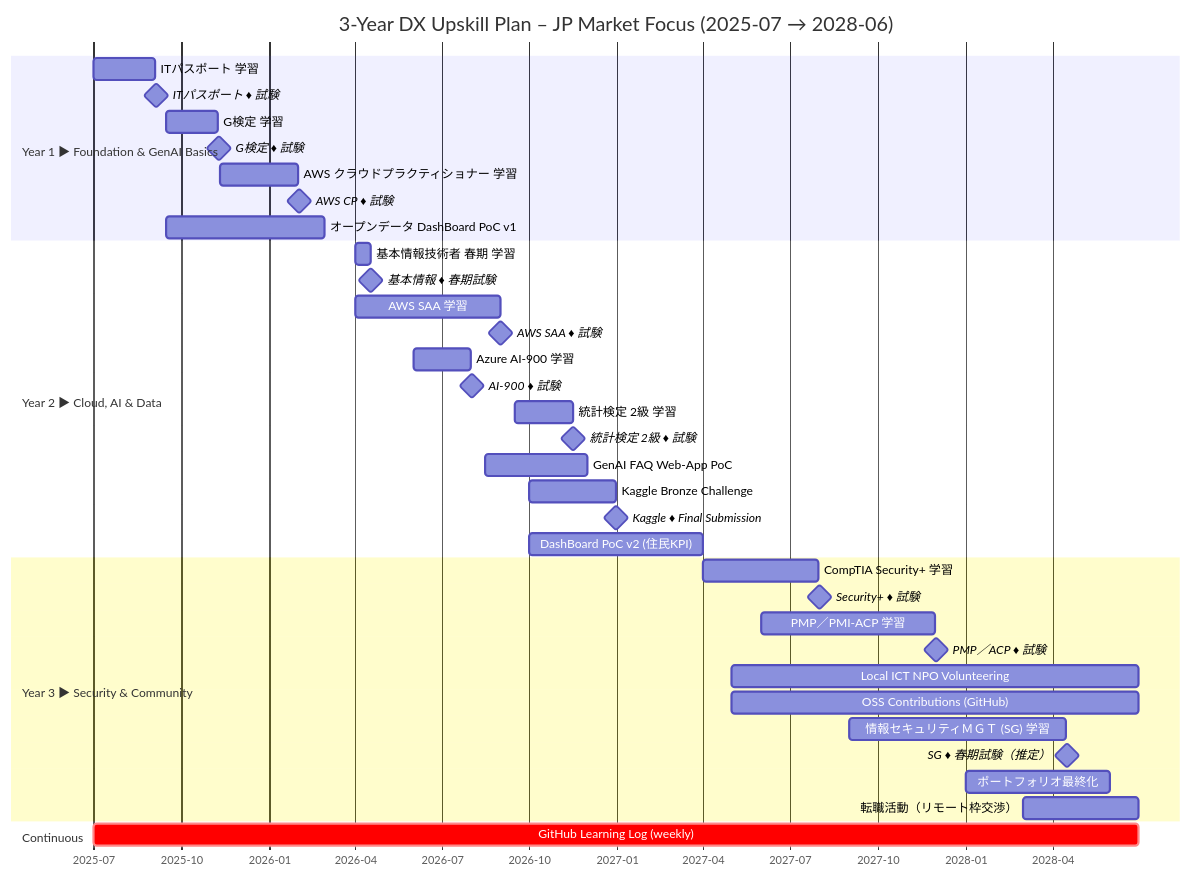
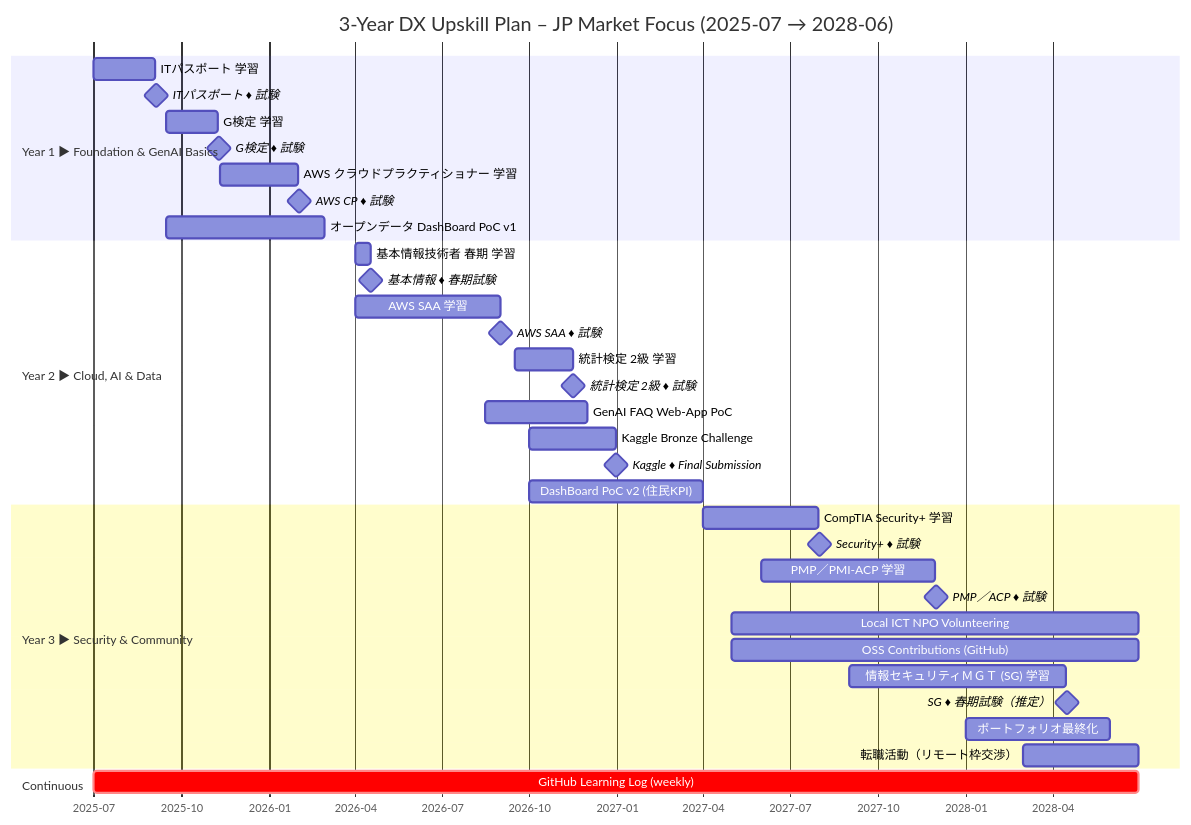
One commit to uruc-0start/- changed the diagram in README.md. Above: the diagram before and after it, drawn with Mermaid.

````diff
--- a/README.md
+++ b/README.md
@@ -1,48 +1,46 @@
 ```mermaid
 gantt
   title 3-Year DX Upskill Plan – JP Market Focus (2025-07 → 2028-06)
   dateFormat  YYYY-MM-DD
   axisFormat  %Y-%m
 
   %% ─────────────── Year 1 ───────────────
   section Year 1 ▶ Foundation & GenAI Basics
   ITパスポート 学習                   :itp_st,   2025-07-01, 2025-09-04
   ITパスポート ♦ 試験                 :milestone,itp_ex,  2025-09-05, 0d
   G検定 学習                          :gtest_st, 2025-09-15, 2025-11-08
   G検定 ♦ 試験                        :milestone,gtest_ex,2025-11-09, 0d
   AWS クラウドプラクティショナー 学習  :awscp,    2025-11-10, 2026-01-31
   AWS CP ♦ 試験                       :milestone,awscp_ex,2026-02-01, 0d
   オープンデータ DashBoard PoC v1     :poc1,     2025-09-15, 2026-02-28
 
   %% ─────────────── Year 2 ───────────────
   section Year 2 ▶ Cloud, AI & Data
   基本情報技術者 春期 学習            :fe_st,    2026-04-01, 2026-04-17
   基本情報 ♦ 春期試験                 :milestone,fe_ex,   2026-04-18, 0d
   AWS SAA 学習                        :saa,      2026-04-01, 2026-08-31
   AWS SAA ♦ 試験                      :milestone,saa_ex,  2026-09-01, 0d
-  Azure AI-900 学習                   :ai900,    2026-06-01, 2026-07-31
-  AI-900 ♦ 試験                       :milestone,ai900_ex,2026-08-01, 0d
   統計検定 2級 学習                   :stat2,    2026-09-15, 2026-11-15
   統計検定 2級 ♦ 試験                :milestone,stat2_ex,2026-11-16, 0d
   GenAI FAQ Web-App PoC               :faq,      2026-08-15, 2026-11-30
   Kaggle Bronze Challenge             :kaggle,   2026-10-01, 2026-12-30
   Kaggle ♦ Final Submission           :milestone,kaggle_ex,2026-12-31, 0d
   DashBoard PoC v2 (住民KPI)          :poc2,     2026-10-01, 2027-03-31
 
   %% ─────────────── Year 3 ───────────────
   section Year 3 ▶ Security & Community
   CompTIA Security+ 学習              :secplus,  2027-04-01, 2027-07-31
   Security+ ♦ 試験                    :milestone,secplus_ex,2027-08-01, 0d
   PMP／PMI-ACP 学習                   :pmp,      2027-06-01, 2027-11-30
   PMP／ACP ♦ 試験                     :milestone,pmp_ex,   2027-12-01, 0d
   Local ICT NPO Volunteering          :npo,      2027-05-01, 2028-06-30
   OSS Contributions (GitHub)          :oss,      2027-05-01, 2028-06-30
   情報セキュリティＭＧＴ (SG) 学習     :sg_st,    2027-09-01, 2028-04-15
   SG ♦ 春期試験（推定）              :milestone,sg_ex,    2028-04-16, 0d
   ポートフォリオ最終化               :portfolio,2028-01-01, 2028-05-31
   転職活動（リモート枠交渉）          :job,      2028-03-01, 2028-06-30
 
   %% ───────────── Continuous ─────────────
   section Continuous
   GitHub Learning Log (weekly)       :crit, ghlog,2025-07-01, 2028-06-30
 ```
````
